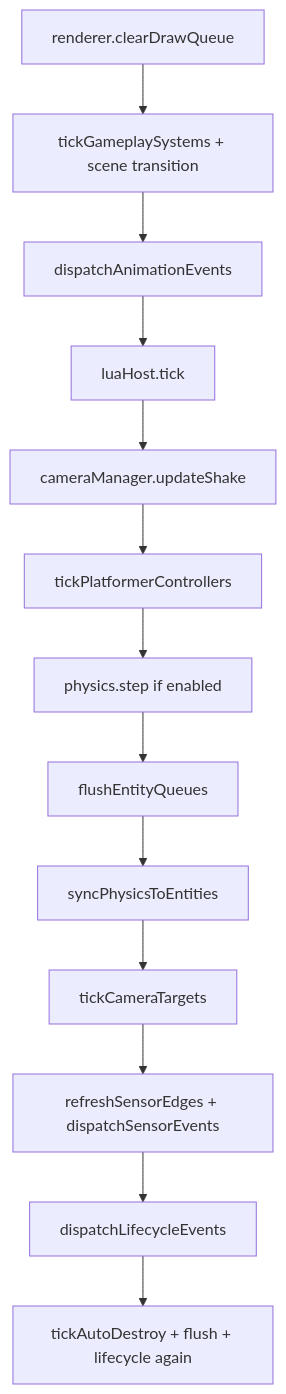
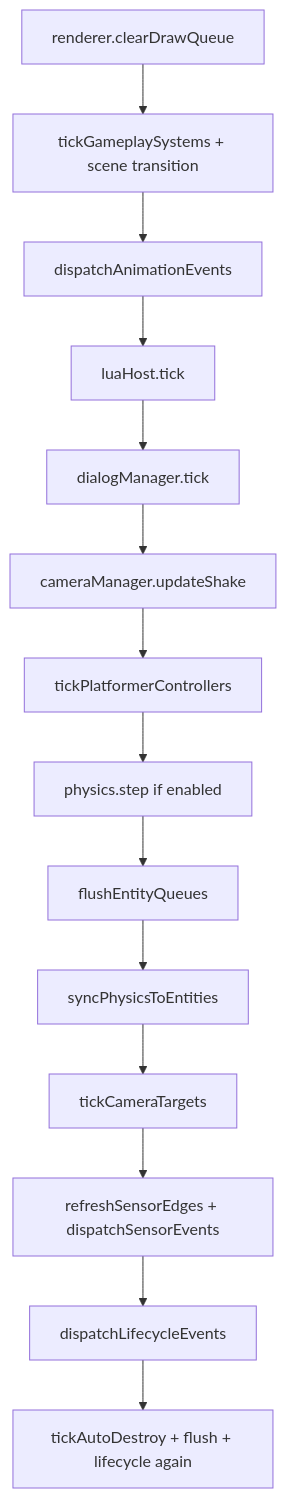
The diagram in docs/FIXED_STEP_CONTRACT.md (Toniocardex/ArtCade-Studio_V2), drawn with Mermaid before and after one commit. The commit also changed other lines of this file and 49 other files, not shown here.

First line of the commit message:
Add Dialog System with CSV import, React Flow editor, and C++ runtime.

````diff
--- a/docs/FIXED_STEP_CONTRACT.md
+++ b/docs/FIXED_STEP_CONTRACT.md
@@ -11,18 +11,19 @@
 ```mermaid
 flowchart TD
   clearDraw[renderer.clearDrawQueue]
   gameplay[tickGameplaySystems + scene transition]
   animPre[dispatchAnimationEvents]
   luaTick[luaHost.tick]
+  dialogTick[dialogManager.tick]
   camShake[cameraManager.updateShake]
   platformer[tickPlatformerControllers]
   physStep[physics.step if enabled]
   flush1[flushEntityQueues]
   physSync[syncPhysicsToEntities]
   cam[tickCameraTargets]
   sensors[refreshSensorEdges + dispatchSensorEvents]
   life[dispatchLifecycleEvents]
   autoDestroy[tickAutoDestroy + flush + lifecycle again]
-  clearDraw --> gameplay --> animPre --> luaTick --> camShake --> platformer --> physStep
+  clearDraw --> gameplay --> animPre --> luaTick --> dialogTick --> camShake --> platformer --> physStep
   physStep --> flush1 --> physSync --> cam --> sensors --> life --> autoDestroy
 ```
````
